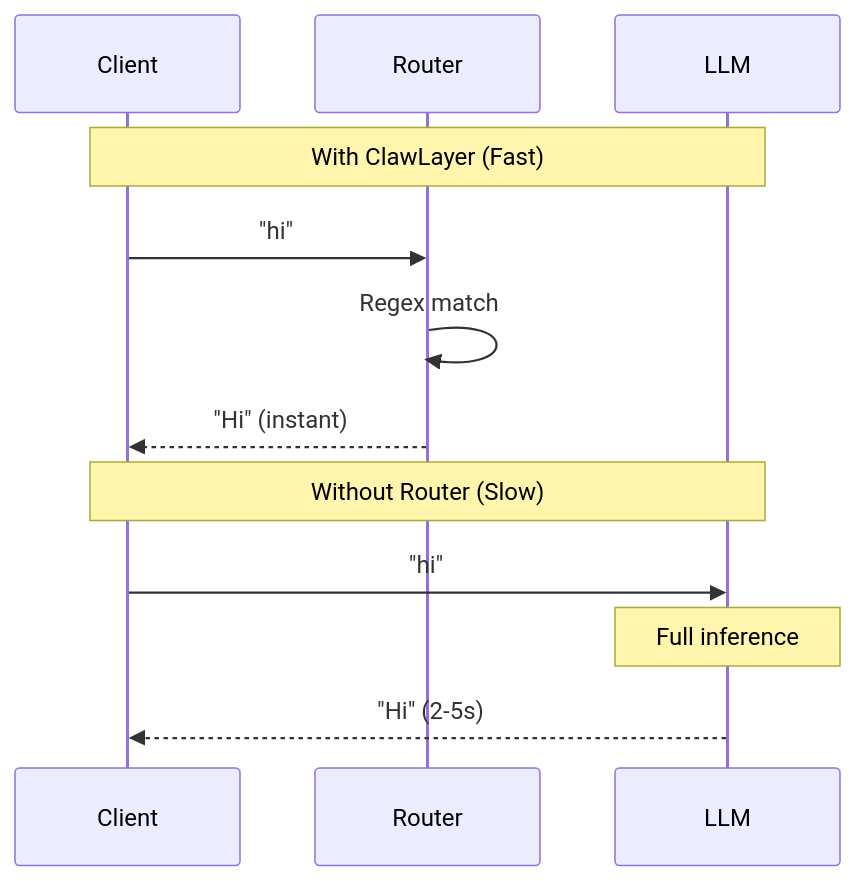
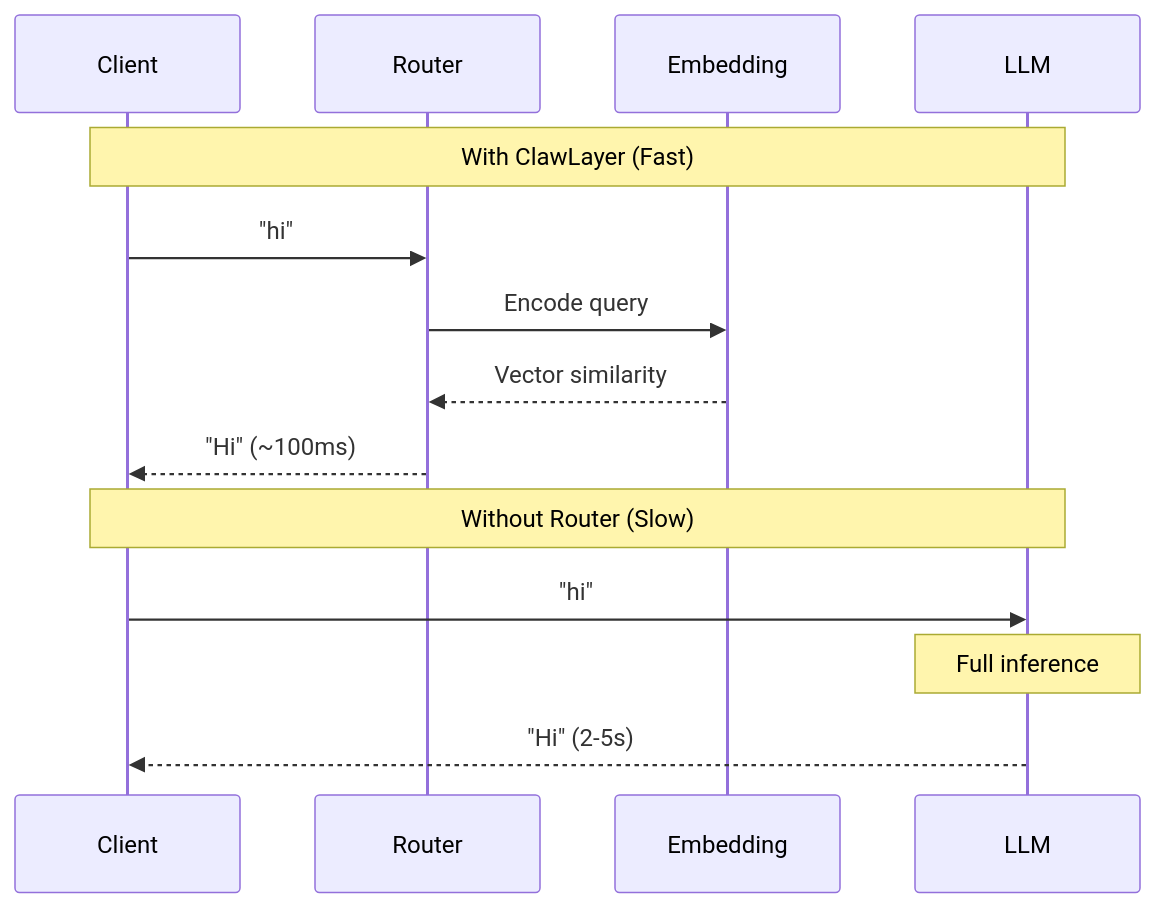
Before and after one commit to neoalienson/ClawLayer: the second of 3 diagrams in README.md, drawn with Mermaid. The commit also changed other lines of this file and 6 other files, not shown here.

````diff
--- a/README.md
+++ b/README.md
@@ -78,16 +77,18 @@
 ```mermaid
 sequenceDiagram
     participant Client
     participant Router
+    participant Embedding
     participant LLM
     
     Note over Client,LLM: With ClawLayer (Fast)
     Client->>Router: "hi"
-    Router->>Router: Regex match
-    Router-->>Client: "Hi" (instant)
+    Router->>Embedding: Encode query
+    Embedding-->>Router: Vector similarity
+    Router-->>Client: "Hi" (~100ms)
     
     Note over Client,LLM: Without Router (Slow)
     Client->>LLM: "hi"
     Note over LLM: Full inference
     LLM-->>Client: "Hi" (2-5s)
 ```
````
